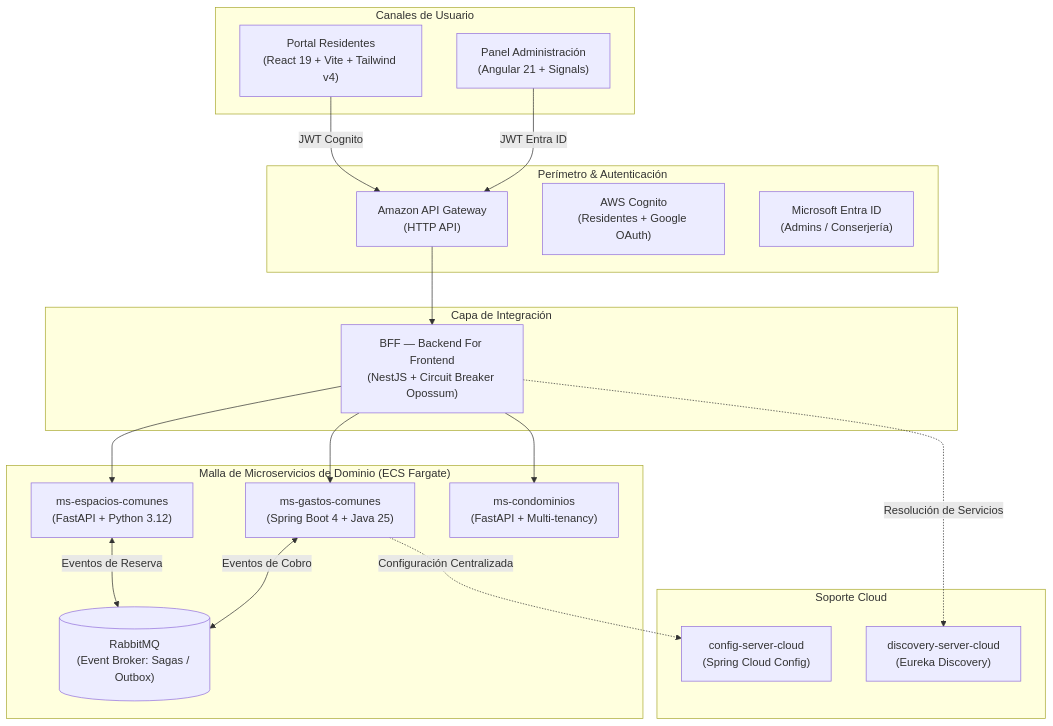
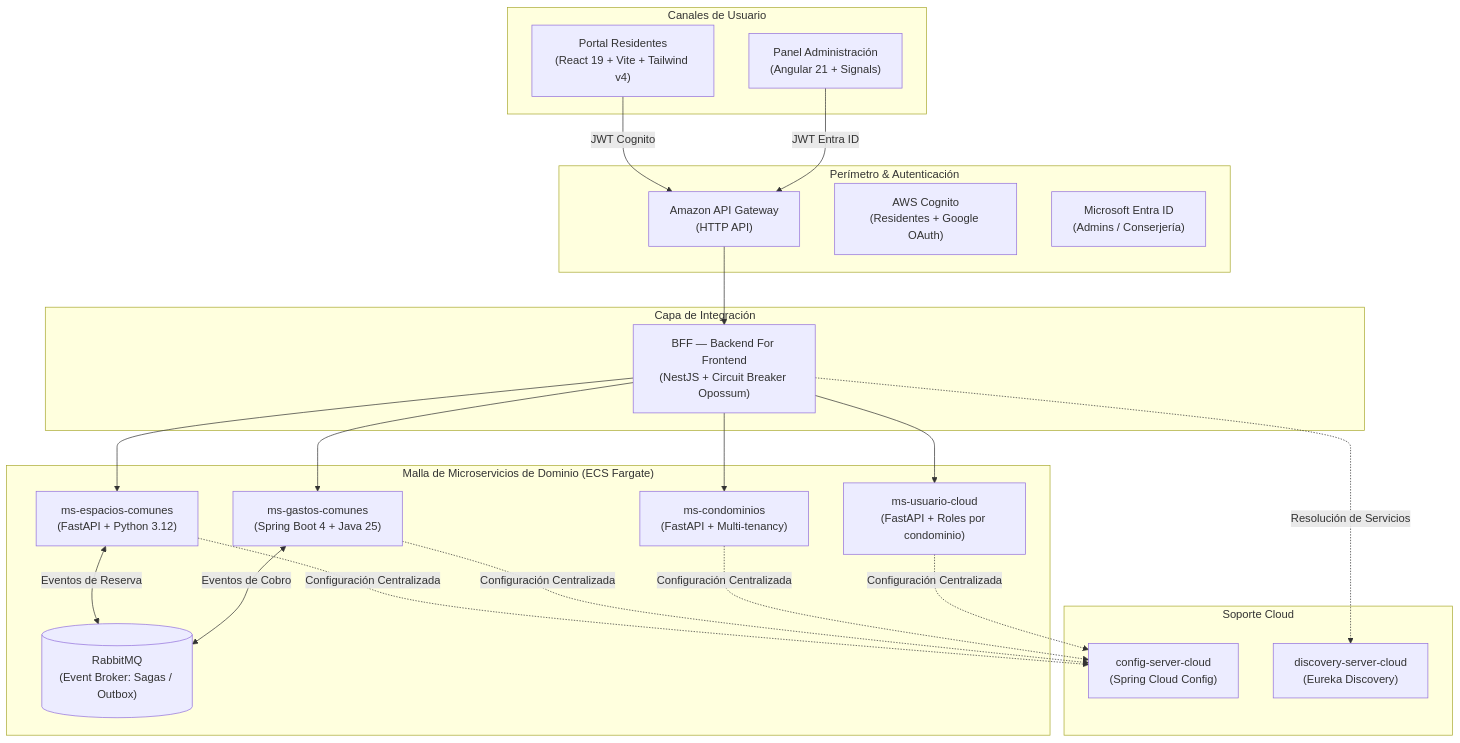
One commit to Cloud-Native-Convivo/.github changed the diagram in profile/README.md. Above: the diagram before and after it, drawn with Mermaid. The commit also changed other lines of this file, not shown here.

Commit message:
:memo: docs(perfil): agregar ms-usuario-cloud y la config centralizada
- diagrama: ms-usuario-cloud detrás del BFF y los cuatro servicios con config-server
- tabla de repositorios: fila de ms-usuario-cloud y alcance de config-server-cloud

Refs: Trello #57

````diff
--- a/profile/README.md
+++ b/profile/README.md
@@ -34,40 +34,45 @@
 ```mermaid
 flowchart TD
     subgraph Clientes["Canales de Usuario"]
         FR["Portal Residentes\n(React 19 + Vite + Tailwind v4)"]
         FA["Panel Administración\n(Angular 21 + Signals)"]
     end
 
     subgraph Seguridad["Perímetro & Autenticación"]
         APIGW["Amazon API Gateway\n(HTTP API)"]
         COG["AWS Cognito\n(Residentes + Google OAuth)"]
         ENTRA["Microsoft Entra ID\n(Admins / Conserjería)"]
     end
 
     subgraph Integracion["Capa de Integración"]
         BFF["BFF — Backend For Frontend\n(NestJS + Circuit Breaker Opossum)"]
     end
 
     subgraph Dominio["Malla de Microservicios de Dominio (ECS Fargate)"]
         MS_EC["ms-espacios-comunes\n(FastAPI + Python 3.12)"]
         MS_GC["ms-gastos-comunes\n(Spring Boot 4 + Java 25)"]
         MS_CO["ms-condominios\n(FastAPI + Multi-tenancy)"]
+        MS_US["ms-usuario-cloud\n(FastAPI + Roles por condominio)"]
         RMQ[("RabbitMQ\n(Event Broker: Sagas / Outbox)")]
     end
 
     subgraph Gobernanza["Soporte Cloud"]
         CONFIG["config-server-cloud\n(Spring Cloud Config)"]
         DISCOV["discovery-server-cloud\n(Eureka Discovery)"]
     end
 
     FR -->|JWT Cognito| APIGW
     FA -->|JWT Entra ID| APIGW
     APIGW --> BFF
     BFF --> MS_EC
     BFF --> MS_GC
     BFF --> MS_CO
+    BFF --> MS_US
     MS_EC <-->|Eventos de Reserva| RMQ
     MS_GC <-->|Eventos de Cobro| RMQ
+    MS_EC -.->|Configuración Centralizada| CONFIG
     MS_GC -.->|Configuración Centralizada| CONFIG
+    MS_CO -.->|Configuración Centralizada| CONFIG
+    MS_US -.->|Configuración Centralizada| CONFIG
     BFF -.->|Resolución de Servicios| DISCOV
 ```
````
